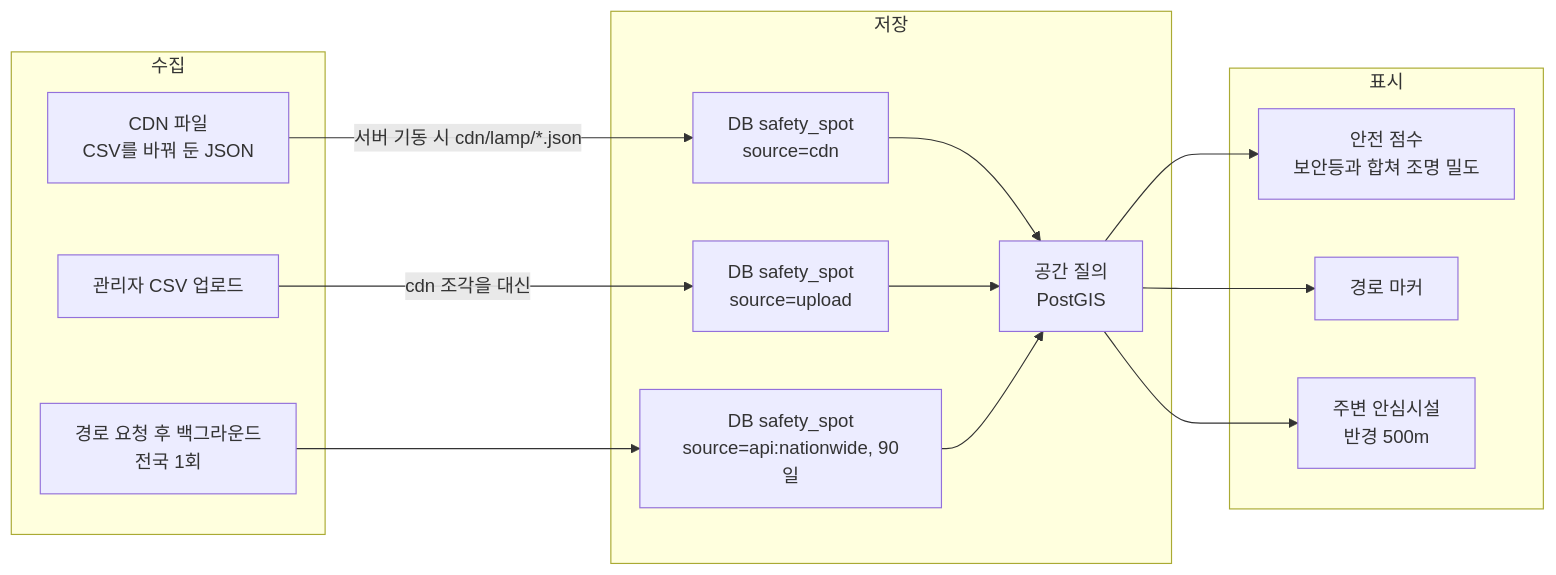
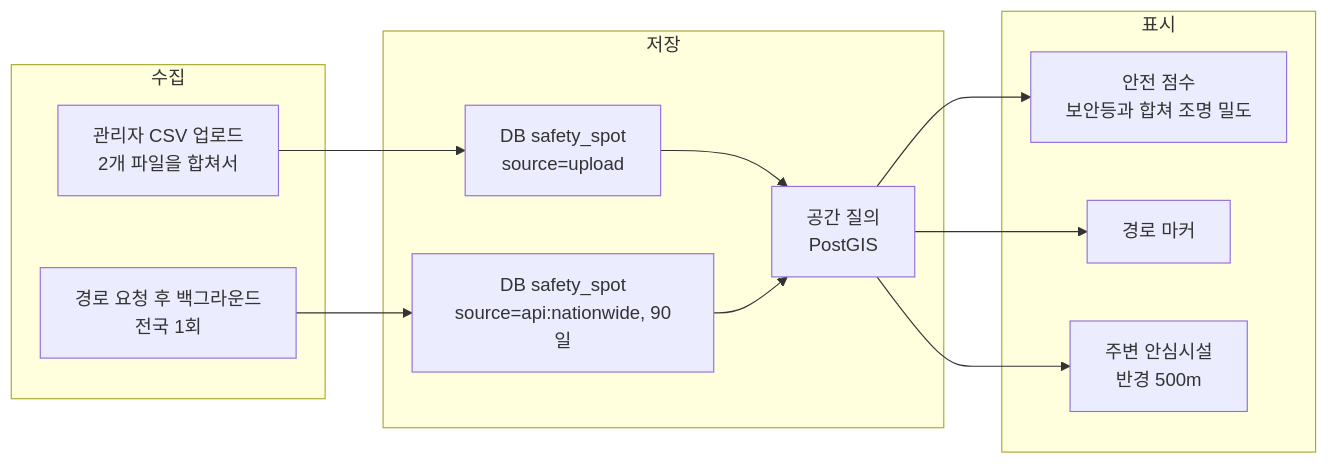
Before and after one commit to soo-ai-agent/bueongi-backend: the diagram in docs/safety-spots/street-lamp.md, drawn with Mermaid. The commit also changed other lines of this file and 16 other files, not shown here.

First line of the commit message:
chore(backend): 원본 CSV 와 겹치는 cdn/ 데이터를 지운다

````diff
--- a/docs/safety-spots/street-lamp.md
+++ b/docs/safety-spots/street-lamp.md
@@ -40,28 +41,24 @@
 ```mermaid
 flowchart LR
     subgraph 수집
-        A1["CDN 파일<br/>CSV를 바꿔 둔 JSON"]
+        A1["관리자 CSV 업로드<br/>2개 파일을 합쳐서"]
         A2["경로 요청 후 백그라운드<br/>전국 1회"]
-        A3["관리자 CSV 업로드"]
     end
     subgraph 저장
-        B1["DB safety_spot<br/>source=cdn"]
+        B1["DB safety_spot<br/>source=upload"]
         B2["DB safety_spot<br/>source=api:nationwide, 90일"]
-        B3["DB safety_spot<br/>source=upload"]
         C["공간 질의<br/>PostGIS"]
     end
     subgraph 표시
         E1["안전 점수<br/>보안등과 합쳐 조명 밀도"]
         E2["경로 마커"]
         E3["주변 안심시설<br/>반경 500m"]
     end
-    A1 -->|"서버 기동 시 cdn/lamp/*.json"| B1
+    A1 --> B1
     A2 --> B2
-    A3 -->|"cdn 조각을 대신"| B3
     B1 --> C
-    B3 --> C
     B2 --> C
     C --> E1
     C --> E2
     C --> E3
 ```
````
